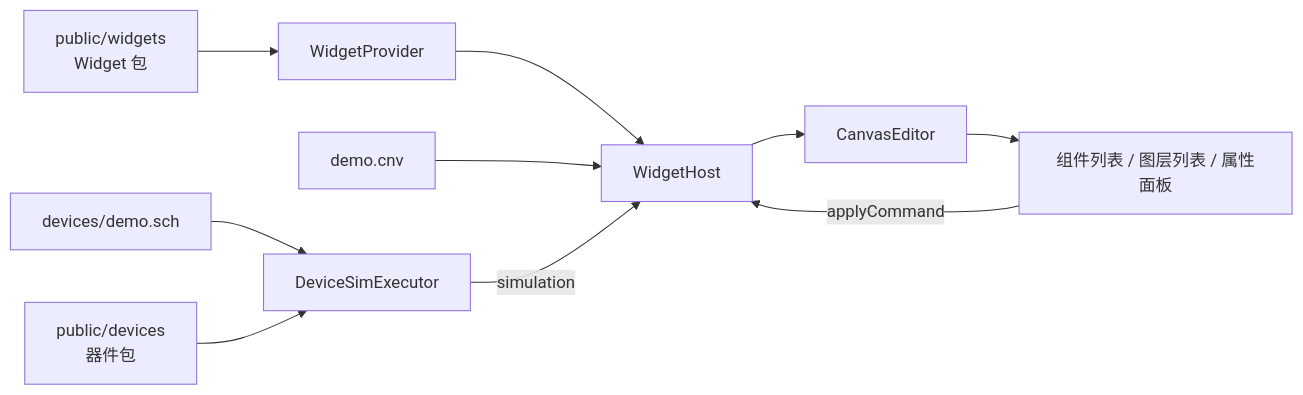
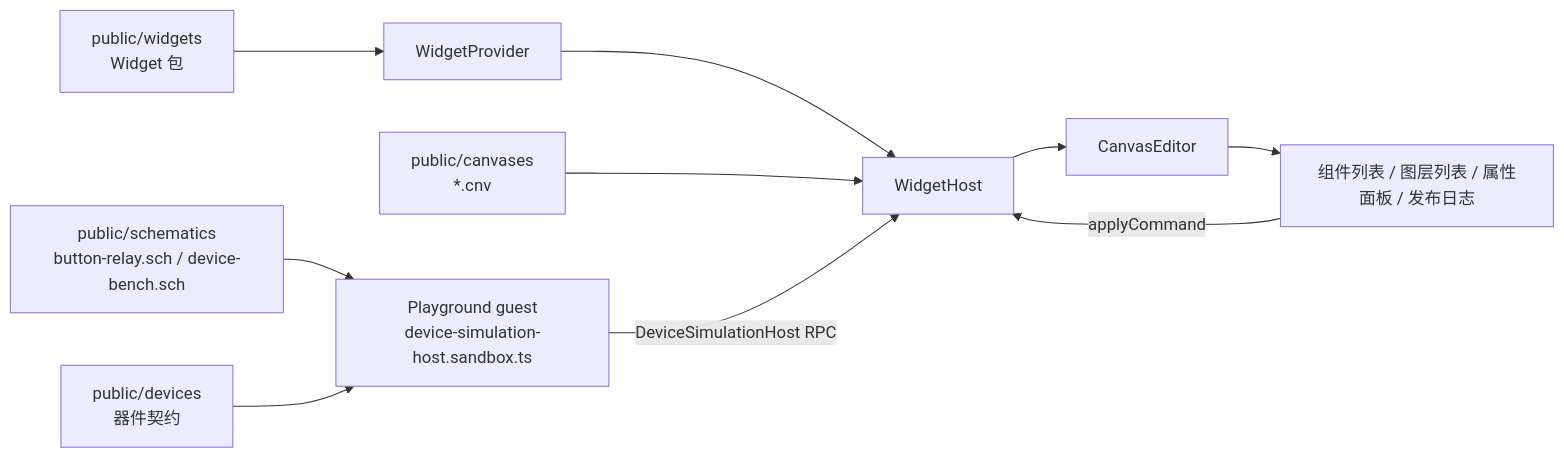
One commit to x-botlab/mica-js changed the diagram in apps/playground/README.md. Above: the diagram before and after it, drawn with Mermaid. The commit also changed other lines of this file and 391 other files, not shown here.

````diff
--- a/apps/playground/README.md
+++ b/apps/playground/README.md
@@ -49,12 +52,12 @@
 ```mermaid
 flowchart LR
-  pkg["public/widgets<br/>Widget 包"] --> provider["WidgetProvider"]
+  wdev["public/widgets<br/>Widget 包"] --> provider["WidgetProvider"]
   provider --> host["WidgetHost"]
-  cnv["demo.cnv"] --> host
-  sch["devices/demo.sch"] --> sim["DeviceSimExecutor"]
-  dev["public/devices<br/>器件包"] --> sim
+  cnv["public/canvases<br/>*.cnv"] --> host
+  sch["public/schematics<br/>button-relay.sch / device-bench.sch"] --> guest["Playground guest<br/>device-simulation-host.sandbox.ts"]
+  lib["public/devices<br/>器件契约"] --> guest
+  guest -->|"DeviceSimulationHost RPC"| host
   host --> scene["CanvasEditor"]
-  sim -->|"simulation"| host
-  scene --> ui["组件列表 / 图层列表 / 属性面板"]
+  scene --> ui["组件列表 / 图层列表 / 属性面板 / 发布日志"]
   ui -->|"applyCommand"| host
 ```
````
